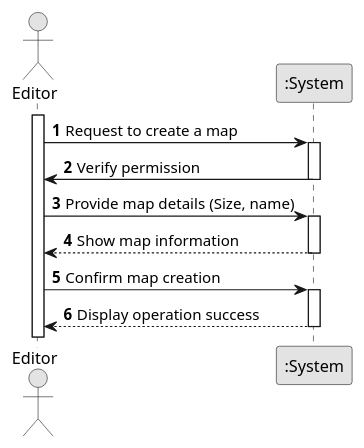
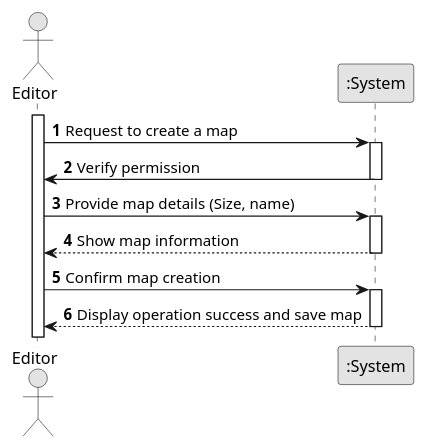
The diagram in docs/(template-files)/US01/01.requirements-engineering.us01/us-Diagram/us01Diagram.puml (Andremonteiro1240850/railway_simulator), drawn with PlantUML before and after one commit. The commit also changed 1 other file, not shown here.

```diff
--- a/docs/(template-files)/US01/01.requirements-engineering.us01/us-Diagram/us01Diagram.puml
+++ b/docs/(template-files)/US01/01.requirements-engineering.us01/us-Diagram/us01Diagram.puml
@@ -1,31 +1,31 @@
 @startuml
 skinparam monochrome true
 skinparam packageStyle rectangle
 skinparam shadowing false
 
 autonumber
 
 actor "Editor" as Editor
 participant ":System" as System
 
 activate Editor
 
     Editor -> System : Request to create a map
         activate System
 
     System -> Editor : Verify permission
     deactivate System
 
     Editor -> System : Provide map details (Size, name)
         activate System
 
     System --> Editor : Show map information
         deactivate System
 
     Editor -> System : Confirm map creation
         activate System
 
-    System --> Editor : Display operation success
+    System --> Editor : Display operation success and save map
         deactivate System
 
 @enduml
```
